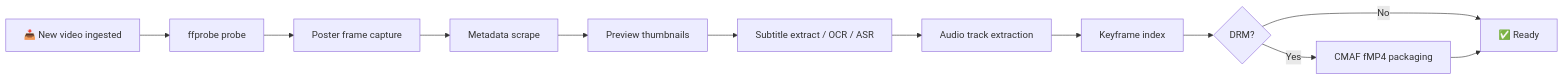
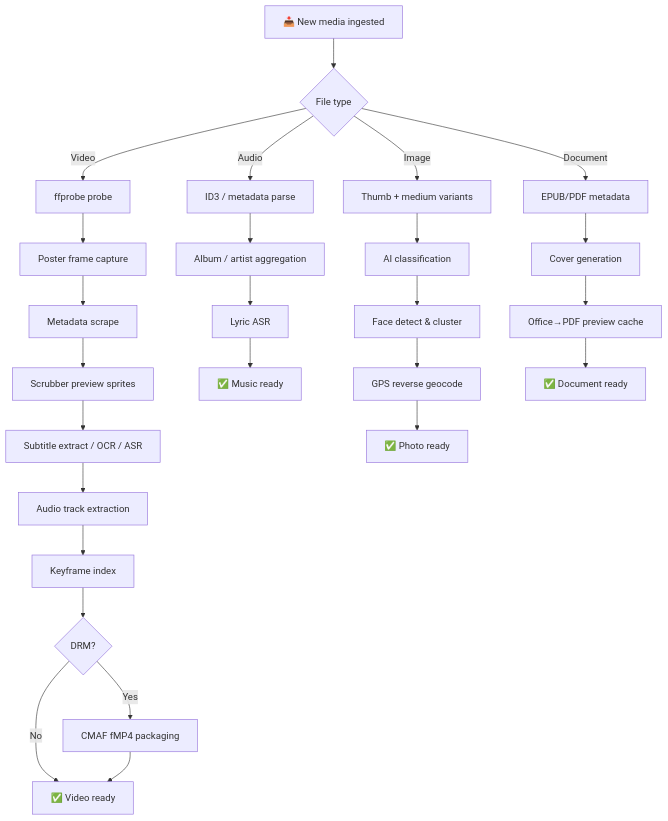
One commit to knoxmedia/Vauldy changed the sixth of 6 diagrams in README.md. Above: the diagram before and after it, drawn with Mermaid. The commit also changed other lines of this file, not shown here.

Commit message:
docs: update README for music, photo, and document modules

````diff
--- a/README.md
+++ b/README.md
@@ -569,14 +687,28 @@
 ```mermaid
-flowchart LR
-  Ingest["📥 New video ingested"] --> Probe["ffprobe probe"]
-  Probe --> Poster["Poster frame capture"]
+flowchart TB
+  Ingest["📥 New media ingested"] --> Type{"File type"}
+  Type -->|Video| VProbe["ffprobe probe"]
+  VProbe --> Poster["Poster frame capture"]
   Poster --> Scrape["Metadata scrape"]
-  Scrape --> Preview["Preview thumbnails"]
+  Scrape --> Preview["Scrubber preview sprites"]
   Preview --> Sub["Subtitle extract / OCR / ASR"]
   Sub --> Audio["Audio track extraction"]
   Audio --> KF["Keyframe index"]
   KF --> DRM{"DRM?"}
   DRM -->|Yes| Package["CMAF fMP4 packaging"]
-  DRM -->|No| Done["✅ Ready"]
-  Package --> Done
+  DRM -->|No| VDone["✅ Video ready"]
+  Package --> VDone
+  Type -->|Audio| MProbe["ID3 / metadata parse"]
+  MProbe --> Album["Album / artist aggregation"]
+  Album --> Lyric["Lyric ASR"]
+  Lyric --> MDone["✅ Music ready"]
+  Type -->|Image| IThumb["Thumb + medium variants"]
+  IThumb --> PClass["AI classification"]
+  PClass --> PFace["Face detect & cluster"]
+  PFace --> PGeo["GPS reverse geocode"]
+  PGeo --> IDone["✅ Photo ready"]
+  Type -->|Document| DParse["EPUB/PDF metadata"]
+  DParse --> DCover["Cover generation"]
+  DCover --> DPrev["Office→PDF preview cache"]
+  DPrev --> DDone["✅ Document ready"]
 ```
````
